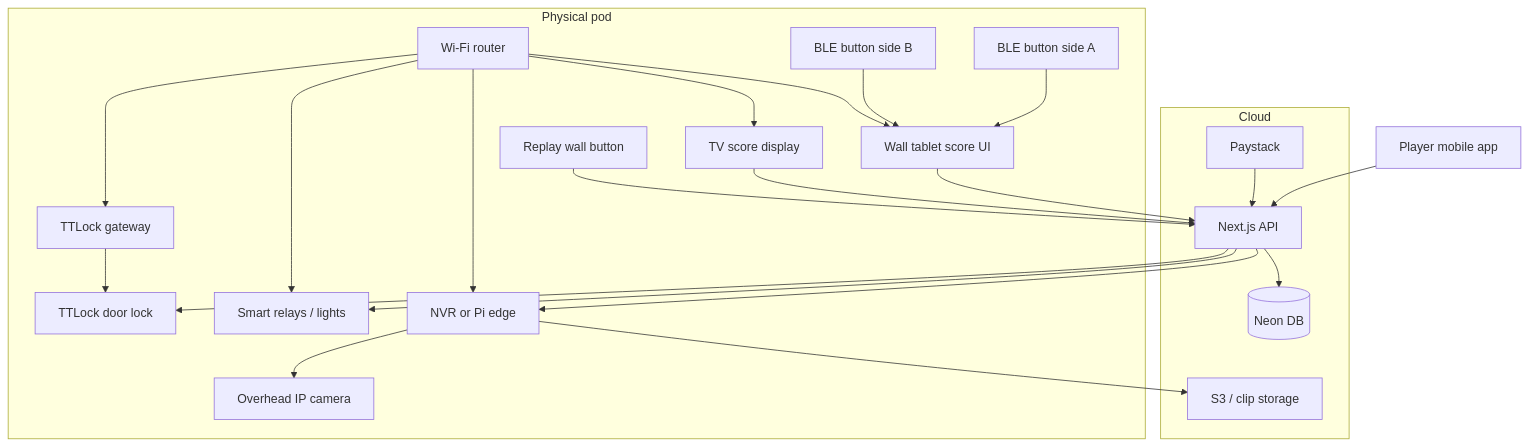
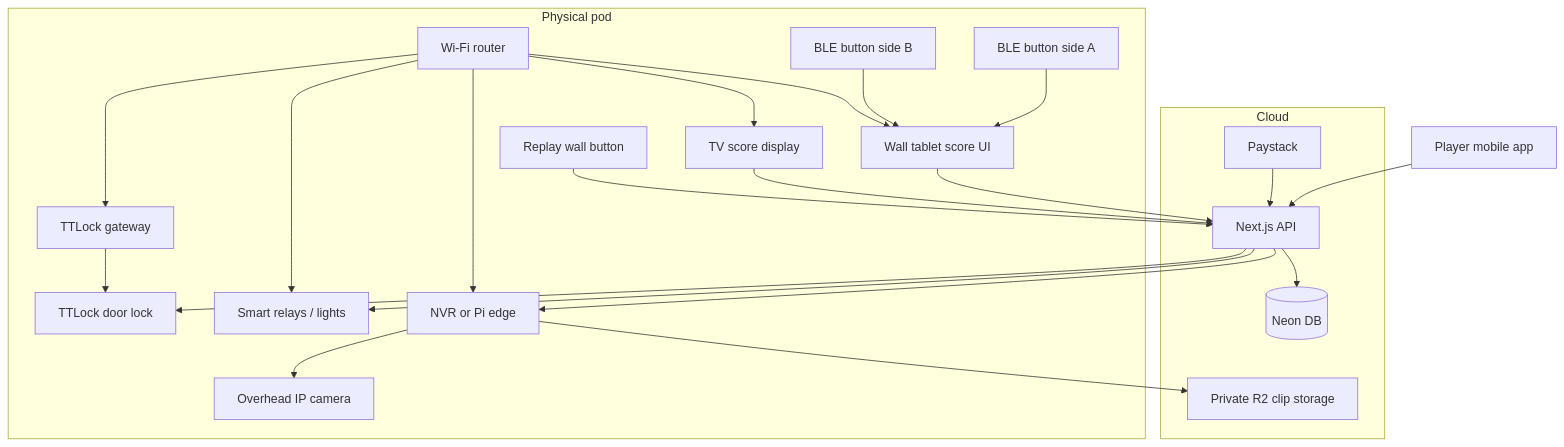
Before and after one commit to IdrisKulubi/playtt: the diagram in docs/hardware/pod-hardware-guide.md, drawn with Mermaid. The commit also changed other lines of this file and 2948 other files, not shown here.

````diff
--- a/docs/hardware/pod-hardware-guide.md
+++ b/docs/hardware/pod-hardware-guide.md
@@ -12,45 +12,45 @@
 ```mermaid
 flowchart TB
   subgraph cloud [Cloud]
     API[Next.js API]
     DB[(Neon DB)]
     Paystack[Paystack]
-    Storage[S3 / clip storage]
+    Storage[Private R2 clip storage]
   end
 
   subgraph pod [Physical pod]
     Router[Wi‑Fi router]
     Lock[TTLock door lock]
     Gateway[TTLock gateway]
     Lights[Smart relays / lights]
     Tablet[Wall tablet score UI]
     TV[TV score display]
     BLE1[BLE button side A]
     BLE2[BLE button side B]
     Cam[Overhead IP camera]
     NVR[NVR or Pi edge]
     ReplayBtn[Replay wall button]
   end
 
   Mobile[Player mobile app]
 
   Mobile --> API
   Paystack --> API
   API --> DB
   API --> Lock
   Gateway --> Lock
   API --> Lights
   Tablet --> API
   TV --> API
   ReplayBtn --> API
   API --> NVR
   NVR --> Cam
   NVR --> Storage
   BLE1 --> Tablet
   BLE2 --> Tablet
   Router --> Gateway
   Router --> Tablet
   Router --> TV
   Router --> NVR
   Router --> Lights
 ```
````
